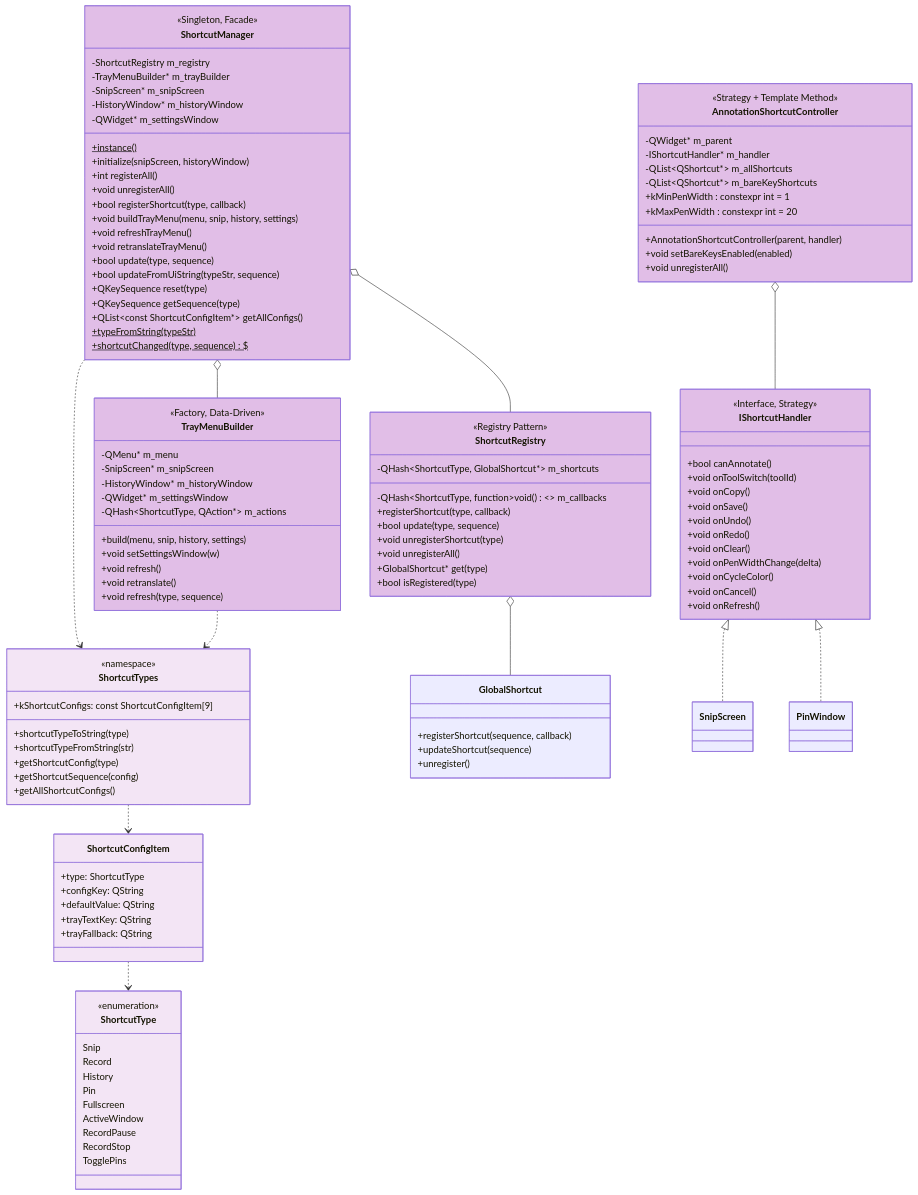
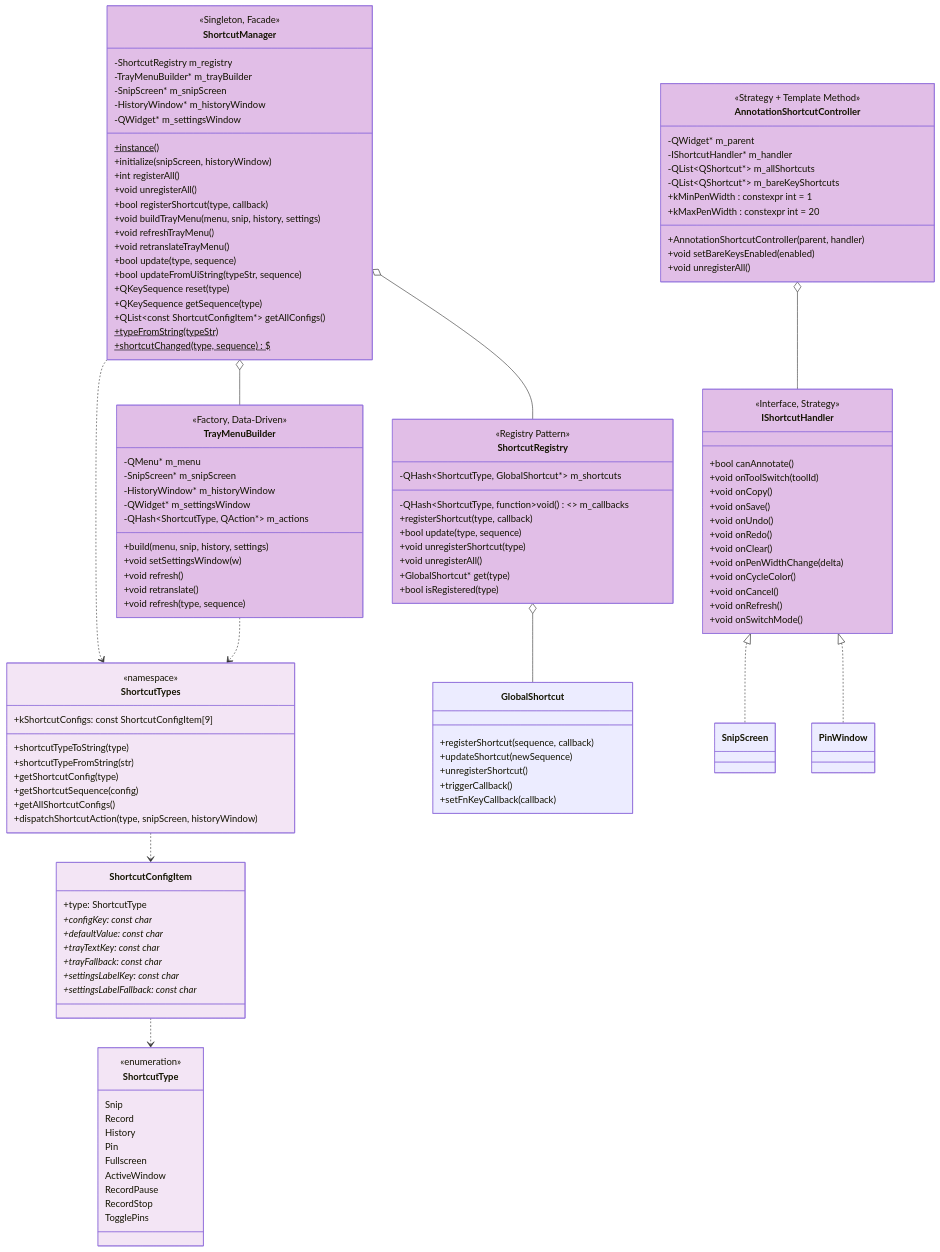
The eighth of 35 diagrams in docs/architecture.md (ChiangyangNPU/quick-shot), drawn with Mermaid before and after one commit. The commit also changed other lines of this file and 7 other files, not shown here.

```diff
--- a/docs/architecture.md
+++ b/docs/architecture.md
@@ -1409,10 +1439,12 @@
 
     class ShortcutConfigItem {
         +type: ShortcutType
-        +configKey: QString
-        +defaultValue: QString
-        +trayTextKey: QString
-        +trayFallback: QString
+        +configKey: const char*
+        +defaultValue: const char*
+        +trayTextKey: const char*
+        +trayFallback: const char*
+        +settingsLabelKey: const char*
+        +settingsLabelFallback: const char*
     }
 
     class ShortcutTypes {
@@ -1423,6 +1455,7 @@
         +getShortcutConfig(type)
         +getShortcutSequence(config)
         +getAllShortcutConfigs()
+        +dispatchShortcutAction(type, snipScreen, historyWindow)
     }
 
     class AnnotationShortcutController {
@@ -1451,12 +1484,15 @@
         +void onCycleColor()
         +void onCancel()
         +void onRefresh()
+        +void onSwitchMode()
     }
 
     class GlobalShortcut {
         +registerShortcut(sequence, callback)
-        +updateShortcut(sequence)
-        +unregister()
+        +updateShortcut(newSequence)
+        +unregisterShortcut()
+        +triggerCallback()
+        +setFnKeyCallback(callback)
     }
 
     ShortcutManager o-- ShortcutRegistry
```
